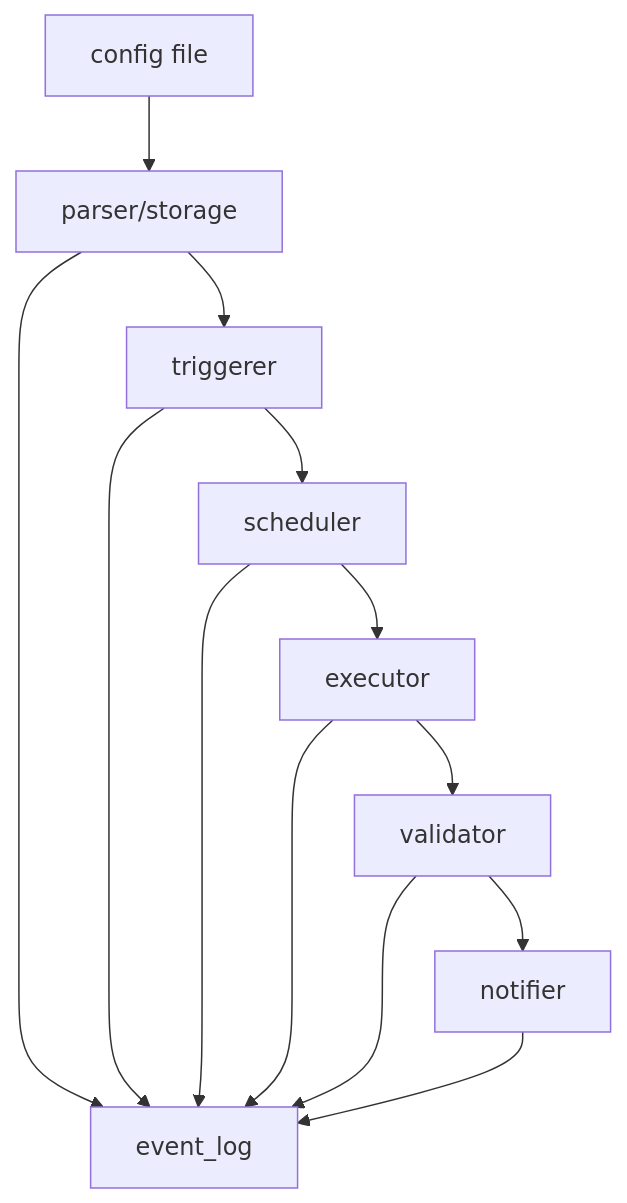
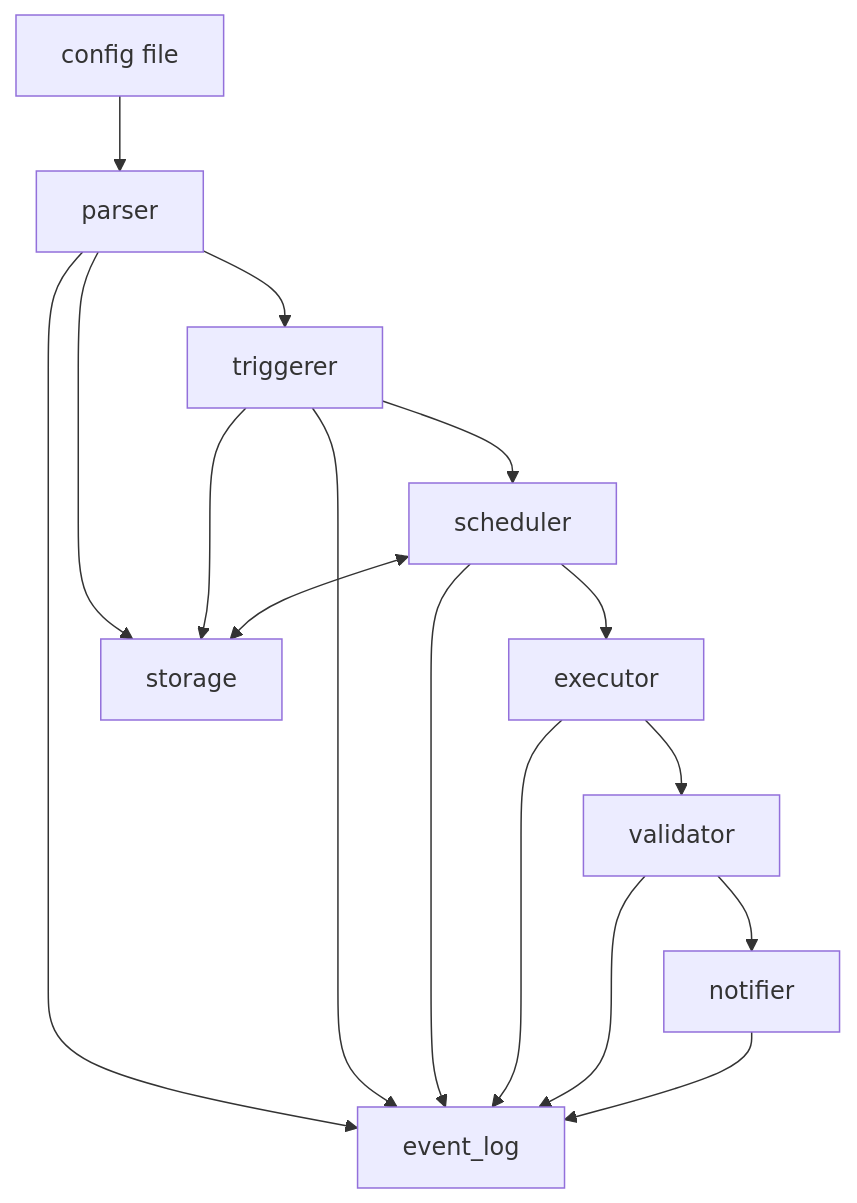
Before and after one commit to andrew-a-hale/mdf: the diagram in design/overview.md, drawn with Mermaid.

Commit message:
add storage to diagram

````diff
--- a/design/overview.md
+++ b/design/overview.md
@@ -82,25 +82,30 @@
 ```mermaid
 graph TB
   event_log[event_log]
   config[config file]
-  parser[parser/storage]
+  parser[parser]
   triggerer[triggerer]
   scheduler[scheduler]
   executor[executor]
   validator[validator]
   notifier[notifier]
+  storage[storage]
 
   config --> parser
   parser --> triggerer
   triggerer --> scheduler
   scheduler --> executor
   executor --> validator
   validator --> notifier
 
+  parser --> storage
+  triggerer --> storage
+  scheduler <--> storage
+
   parser --> event_log
   triggerer --> event_log
   scheduler --> event_log
   executor --> event_log
   validator --> event_log
   notifier --> event_log
 ```
````
